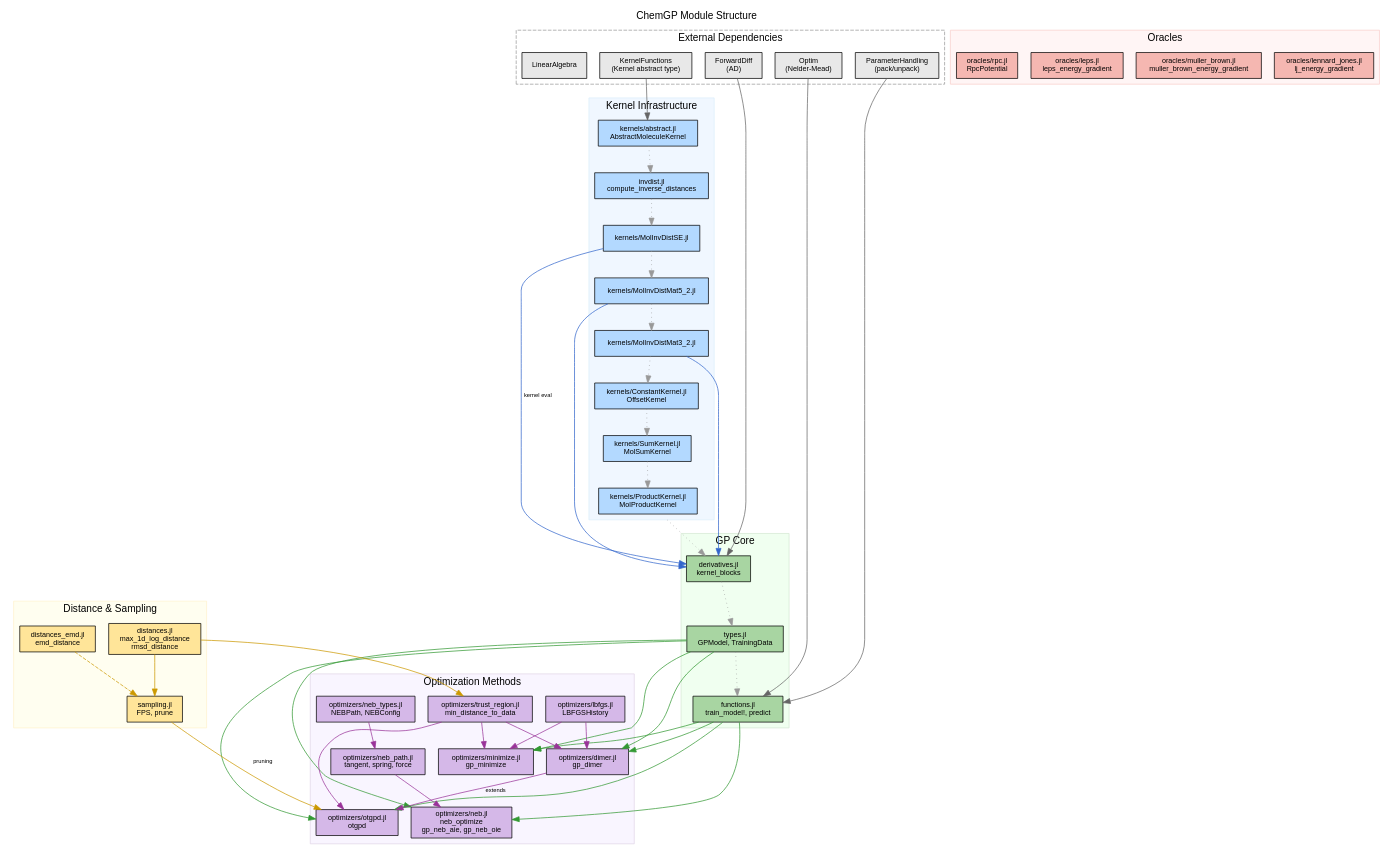
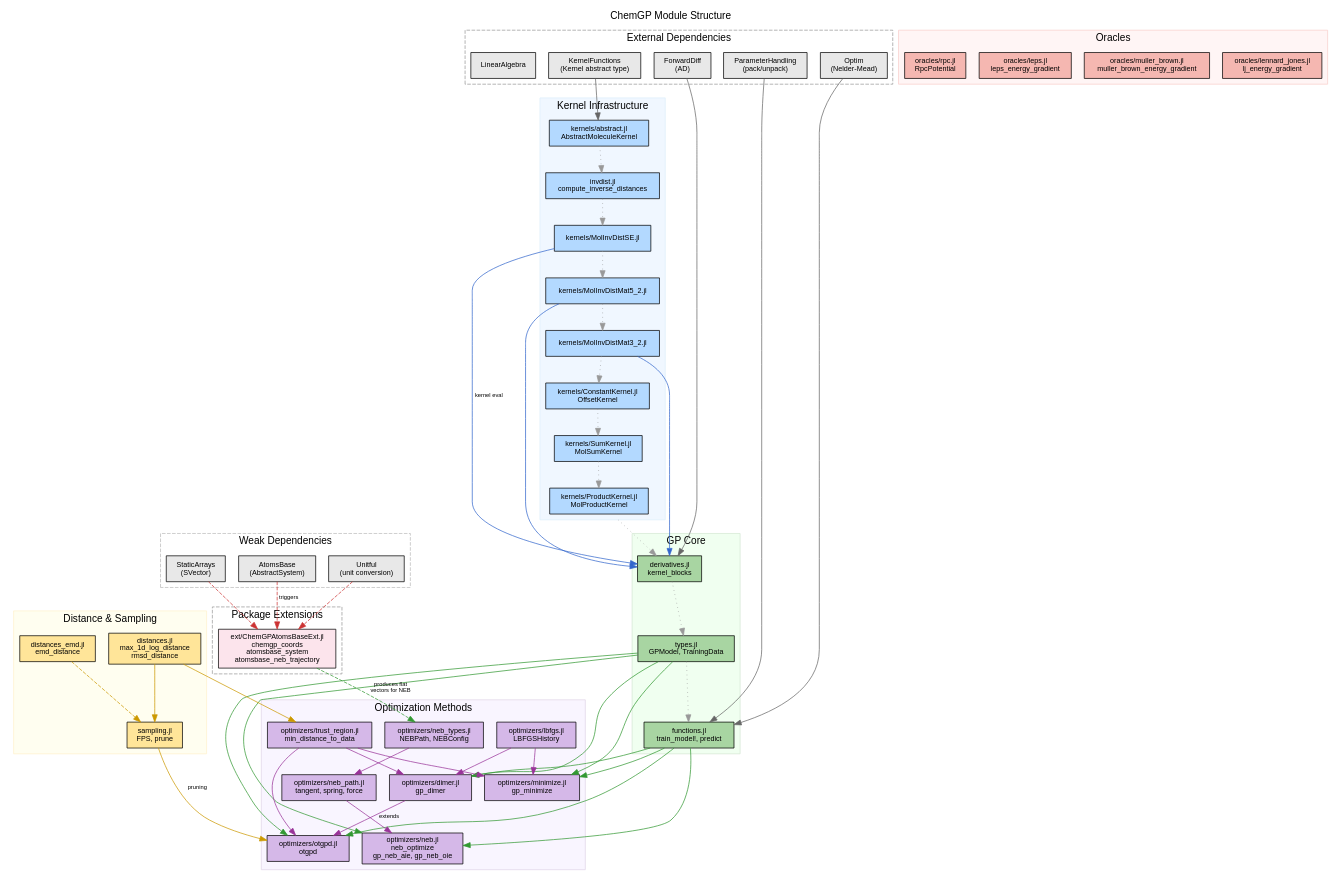
Before and after one commit to lode-org/ChemGP: the diagram in docs/src/assets/diagrams/module_structure.dot, drawn with Graphviz. The commit also changed 17 other files, not shown here.

First line of the commit message:
feat: AtomsBase package extension for structure I/O

```diff
--- a/docs/src/assets/diagrams/module_structure.dot
+++ b/docs/src/assets/diagrams/module_structure.dot
@@ -1,137 +1,163 @@
 digraph module_structure {
     rankdir=TB;
     fontname="Helvetica";
     node [fontname="Helvetica", fontsize=10, style=filled, shape=box, margin="0.15,0.07"];
     edge [fontname="Helvetica", fontsize=8];
     label="ChemGP Module Structure";
     labelloc=t;
     fontsize=14;
     compound=true;
 
     // External dependencies
     subgraph cluster_external {
         label="External Dependencies";
         style=dashed;
         color="#999999";
         node [fillcolor="#e8e8e8"];
         KernelFunctions [label="KernelFunctions\n(Kernel abstract type)"];
         ForwardDiff [label="ForwardDiff\n(AD)"];
         Optim [label="Optim\n(Nelder-Mead)"];
         ParameterHandling [label="ParameterHandling\n(pack/unpack)"];
         LinearAlgebra [label="LinearAlgebra"];
     }
 
     // Kernel infrastructure
     subgraph cluster_kernels {
         label="Kernel Infrastructure";
         style=filled;
         color="#dceefb";
         fillcolor="#f0f7ff";
         node [fillcolor="#b3d9ff"];
 
         abstract_jl [label="kernels/abstract.jl\nAbstractMoleculeKernel"];
         invdist_jl [label="invdist.jl\ncompute_inverse_distances"];
         SE [label="kernels/MolInvDistSE.jl"];
         Mat52 [label="kernels/MolInvDistMat5_2.jl"];
         Mat32 [label="kernels/MolInvDistMat3_2.jl"];
         Const [label="kernels/ConstantKernel.jl\nOffsetKernel"];
         Sum [label="kernels/SumKernel.jl\nMolSumKernel"];
         Prod [label="kernels/ProductKernel.jl\nMolProductKernel"];
     }
 
     // GP Core
     subgraph cluster_gp {
         label="GP Core";
         style=filled;
         color="#d5e8d4";
         fillcolor="#f0fff0";
         node [fillcolor="#a8d5a2"];
 
         derivatives [label="derivatives.jl\nkernel_blocks"];
         types [label="types.jl\nGPModel, TrainingData"];
         functions [label="functions.jl\ntrain_model!, predict"];
     }
 
     // Distance & Sampling
     subgraph cluster_distance {
         label="Distance & Sampling";
         style=filled;
         color="#fff2cc";
         fillcolor="#fffef0";
         node [fillcolor="#ffe599"];
 
         distances [label="distances.jl\nmax_1d_log_distance\nrmsd_distance"];
         emd [label="distances_emd.jl\nemd_distance"];
         sampling [label="sampling.jl\nFPS, prune"];
     }
 
     // Oracles
     subgraph cluster_oracles {
         label="Oracles";
         style=filled;
         color="#f8cecc";
         fillcolor="#fff5f5";
         node [fillcolor="#f5b7b1"];
 
         lj [label="oracles/lennard_jones.jl\nlj_energy_gradient"];
         mb [label="oracles/muller_brown.jl\nmuller_brown_energy_gradient"];
         leps [label="oracles/leps.jl\nleps_energy_gradient"];
         rpc [label="oracles/rpc.jl\nRpcPotential"];
     }
 
     // Optimizers
     subgraph cluster_optimizers {
         label="Optimization Methods";
         style=filled;
         color="#e1d5e7";
         fillcolor="#f9f5ff";
         node [fillcolor="#d5b8e8"];
 
         lbfgs [label="optimizers/lbfgs.jl\nLBFGSHistory"];
         trust [label="optimizers/trust_region.jl\nmin_distance_to_data"];
         minimize [label="optimizers/minimize.jl\ngp_minimize"];
         dimer [label="optimizers/dimer.jl\ngp_dimer"];
         neb_types [label="optimizers/neb_types.jl\nNEBPath, NEBConfig"];
         neb_path [label="optimizers/neb_path.jl\ntangent, spring, force"];
         neb [label="optimizers/neb.jl\nneb_optimize\ngp_neb_aie, gp_neb_oie"];
         otgpd [label="optimizers/otgpd.jl\notgpd"];
     }
 
     // Include order (defines type availability)
     abstract_jl -> invdist_jl -> SE -> Mat52 -> Mat32 -> Const -> Sum -> Prod [style=dotted, color="#999999"];
     Prod -> derivatives [style=dotted, color="#999999", ltail=cluster_kernels];
     derivatives -> types -> functions [style=dotted, color="#999999"];
 
     // Functional dependencies
     KernelFunctions -> abstract_jl [color="#666666"];
     ForwardDiff -> derivatives [color="#666666"];
     Optim -> functions [color="#666666"];
     ParameterHandling -> functions [color="#666666"];
 
     SE -> derivatives [color="#3366cc", label="kernel eval"];
     Mat52 -> derivatives [color="#3366cc"];
     Mat32 -> derivatives [color="#3366cc"];
 
     types -> minimize [color="#339933"];
     types -> dimer [color="#339933"];
     types -> neb [color="#339933"];
     types -> otgpd [color="#339933"];
     functions -> minimize [color="#339933"];
     functions -> dimer [color="#339933"];
     functions -> neb [color="#339933"];
     functions -> otgpd [color="#339933"];
 
     lbfgs -> minimize [color="#993399"];
     lbfgs -> dimer [color="#993399"];
     trust -> minimize [color="#993399"];
     trust -> dimer [color="#993399"];
     trust -> otgpd [color="#993399"];
 
     neb_types -> neb_path -> neb [color="#993399"];
     dimer -> otgpd [color="#993399", label="extends"];
 
     distances -> sampling [color="#cc9900"];
     distances -> trust [color="#cc9900"];
     emd -> sampling [color="#cc9900", style=dashed];
     sampling -> otgpd [color="#cc9900", label="pruning"];
+
+    // Package extension (weak dep)
+    subgraph cluster_ext {
+        label="Package Extensions";
+        style=dashed;
+        color="#999999";
+        node [fillcolor="#fce4ec"];
+
+        atomsbase_ext [label="ext/ChemGPAtomsBaseExt.jl\nchemgp_coords\natomsbase_system\natomsbase_neb_trajectory"];
+    }
+
+    subgraph cluster_weakdeps {
+        label="Weak Dependencies";
+        style=dashed;
+        color="#bbbbbb";
+        node [fillcolor="#e8e8e8"];
+
+        AtomsBase [label="AtomsBase\n(AbstractSystem)"];
+        Unitful [label="Unitful\n(unit conversion)"];
+        StaticArrays [label="StaticArrays\n(SVector)"];
+    }
+
+    AtomsBase -> atomsbase_ext [color="#cc3333", style=dashed, label="triggers"];
+    Unitful -> atomsbase_ext [color="#cc3333", style=dashed];
+    StaticArrays -> atomsbase_ext [color="#cc3333", style=dashed];
+    atomsbase_ext -> neb_types [color="#339933", style=dashed, label="produces flat\nvectors for NEB"];
 }
```
